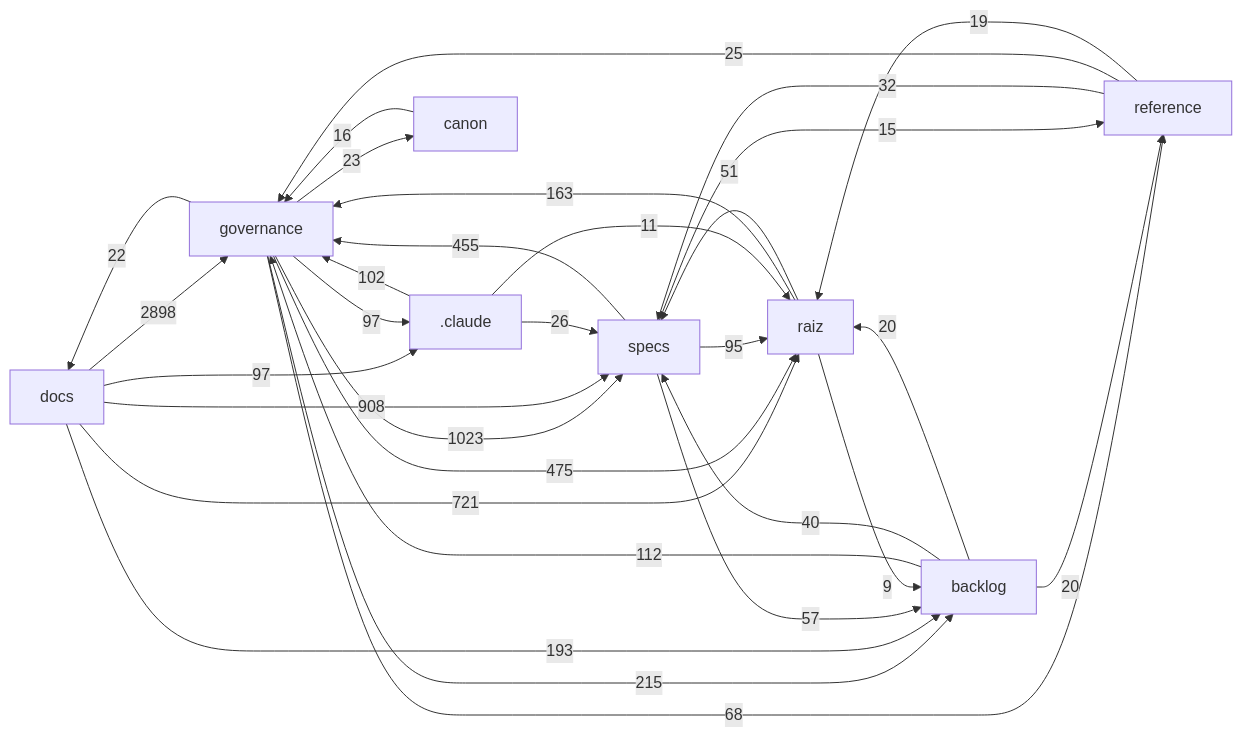
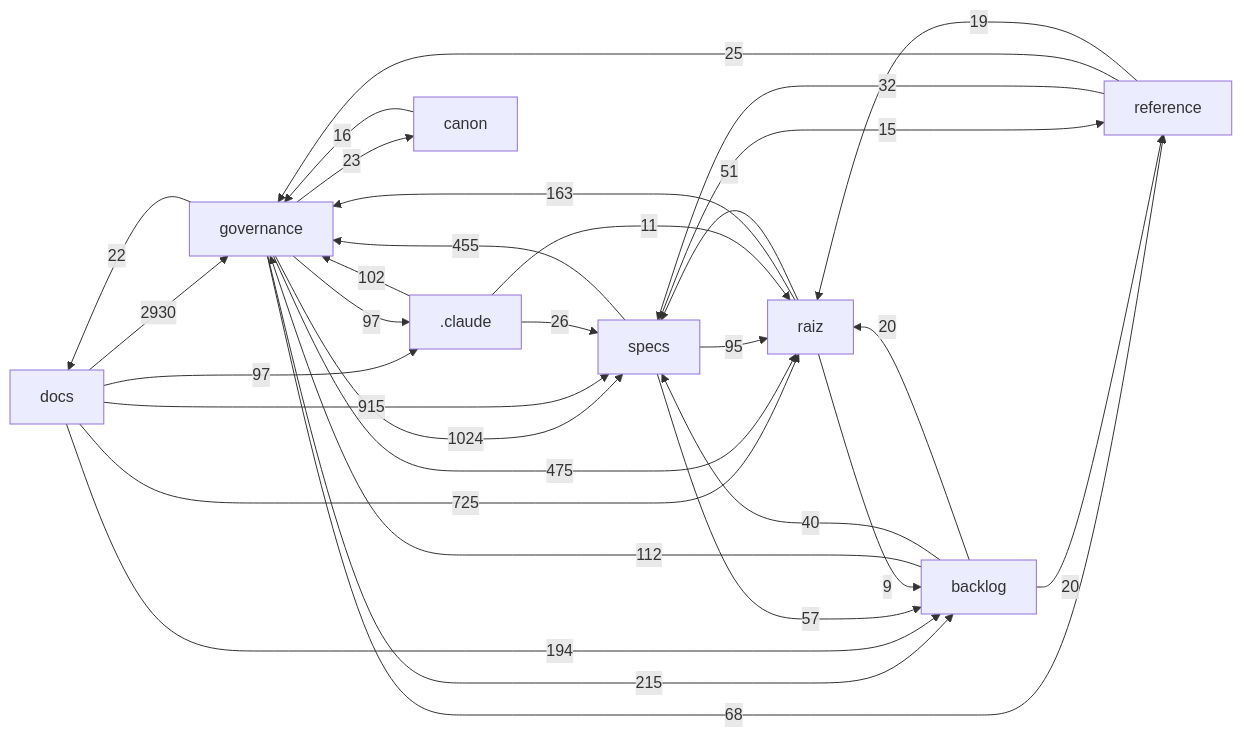
One commit to Andraus35/Sistema-Operacional-de-Trading--SOT changed the diagram in docs/mapa/MAPA-PROJETO.md. Above: the diagram before and after it, drawn with Mermaid. The commit also changed other lines of this file and 10 other files, not shown here.

````diff
--- a/docs/mapa/MAPA-PROJETO.md
+++ b/docs/mapa/MAPA-PROJETO.md
@@ -29,33 +29,33 @@
 ```mermaid
 flowchart LR
-  docs["docs"] -->|2898| governance["governance"]
-  governance["governance"] -->|1023| specs["specs"]
-  docs["docs"] -->|908| specs["specs"]
-  docs["docs"] -->|721| raiz["raiz"]
+  docs["docs"] -->|2930| governance["governance"]
+  governance["governance"] -->|1024| specs["specs"]
+  docs["docs"] -->|915| specs["specs"]
+  docs["docs"] -->|725| raiz["raiz"]
   governance["governance"] -->|475| raiz["raiz"]
   specs["specs"] -->|455| governance["governance"]
   governance["governance"] -->|215| backlog["backlog"]
-  docs["docs"] -->|193| backlog["backlog"]
+  docs["docs"] -->|194| backlog["backlog"]
   raiz["raiz"] -->|163| governance["governance"]
   backlog["backlog"] -->|112| governance["governance"]
   _claude[".claude"] -->|102| governance["governance"]
   docs["docs"] -->|97| _claude[".claude"]
   governance["governance"] -->|97| _claude[".claude"]
   specs["specs"] -->|95| raiz["raiz"]
   governance["governance"] -->|68| reference["reference"]
   specs["specs"] -->|57| backlog["backlog"]
   raiz["raiz"] -->|51| specs["specs"]
   backlog["backlog"] -->|40| specs["specs"]
   reference["reference"] -->|32| specs["specs"]
   _claude[".claude"] -->|26| specs["specs"]
   reference["reference"] -->|25| governance["governance"]
   governance["governance"] -->|23| canon["canon"]
   governance["governance"] -->|22| docs["docs"]
   backlog["backlog"] -->|20| raiz["raiz"]
   backlog["backlog"] -->|20| reference["reference"]
   reference["reference"] -->|19| raiz["raiz"]
   canon["canon"] -->|16| governance["governance"]
   specs["specs"] -->|15| reference["reference"]
   _claude[".claude"] -->|11| raiz["raiz"]
   raiz["raiz"] -->|9| backlog["backlog"]
 ```
````
